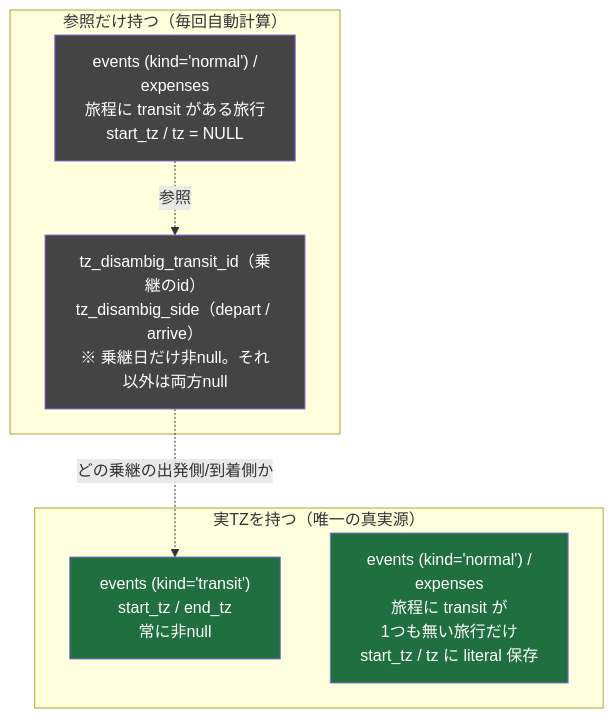
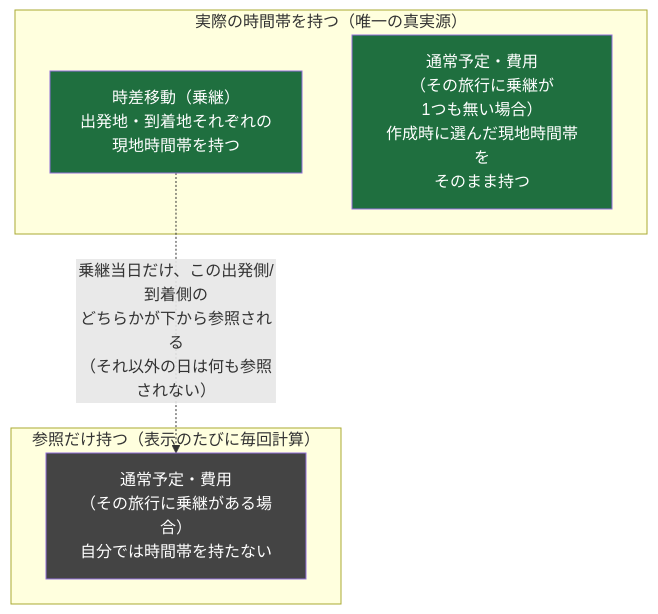
The first of 5 diagrams in docs/design/timezone.md (shidetake/triplot), drawn with Mermaid before and after one commit.

Commit message:
timezone.md: 図1を内部の変数名でなく抽象化した日本語表現に、実TZ側を上に
events(kind='transit')/tz_disambig_transit_id のような内部名でなく
「時差移動（乗継）」「通常予定・費用（乗継がある/無い場合）」という
自然な日本語に書き換え。あわせて「唯一の真実源（実TZを持つ側）」を
上、「参照だけ持つ側」を下に配置し直した（mermaidのTBレイアウトは
edgeの向きでランクが決まるため、矢印も上→下に反転）。

````diff
--- a/docs/design/timezone.md
+++ b/docs/design/timezone.md
@@ -12,20 +12,17 @@
 ```mermaid
 flowchart TB
-    subgraph G1["実TZを持つ（唯一の真実源）"]
-        T["events (kind='transit')<br/>start_tz / end_tz<br/>常に非null"]
-        NT["events (kind='normal') /<br/>expenses<br/>旅程に transit が<br/>1つも無い旅行だけ<br/>start_tz / tz に literal 保存"]
+    subgraph G1["実際の時間帯を持つ（唯一の真実源）"]
+        T["時差移動（乗継）<br/>出発地・到着地それぞれの<br/>現地時間帯を持つ"]
+        NT["通常予定・費用<br/>（その旅行に乗継が<br/>1つも無い場合）<br/>作成時に選んだ現地時間帯を<br/>そのまま持つ"]
     end
 
-    subgraph G2["参照だけ持つ（毎回自動計算）"]
-        N["events (kind='normal') /<br/>expenses<br/>旅程に transit がある旅行<br/>start_tz / tz = NULL"]
-        REF["tz_disambig_transit_id（乗継のid）<br/>tz_disambig_side（depart / arrive）<br/>※ 乗継日だけ非null。それ以外は両方null"]
+    subgraph G2["参照だけ持つ（表示のたびに毎回計算）"]
+        N["通常予定・費用<br/>（その旅行に乗継がある場合）<br/>自分では時間帯を持たない"]
     end
 
-    N -.参照.-> REF
-    REF -.->|"どの乗継の出発側/到着側か"| T
+    T -.->|"乗継当日だけ、この出発側/到着側の<br/>どちらかが下から参照される<br/>（それ以外の日は何も参照されない）"| N
 
     style T fill:#1f6f3f,color:#fff
     style NT fill:#1f6f3f,color:#fff
     style N fill:#444,color:#fff
-    style REF fill:#444,color:#fff
 ```
````
